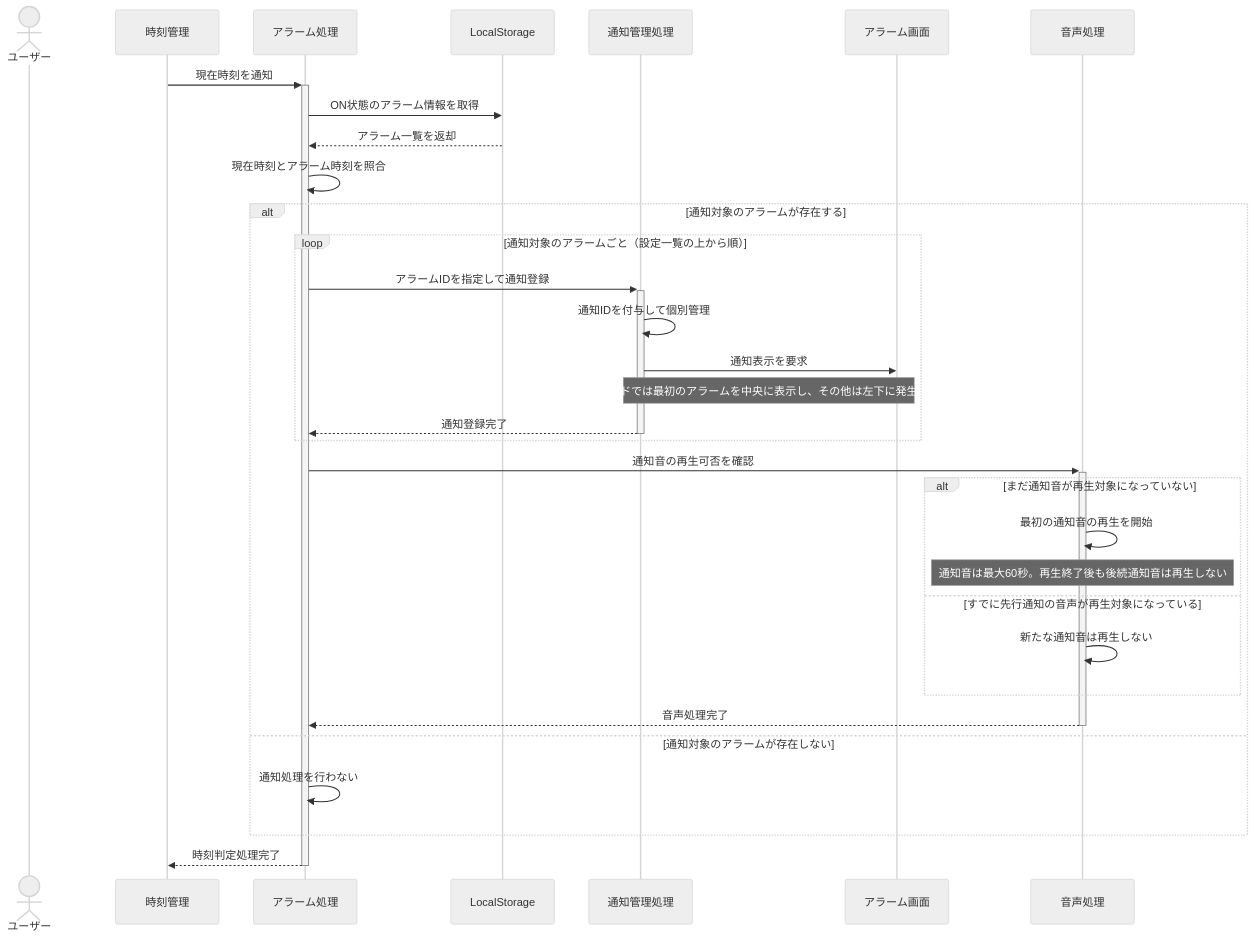
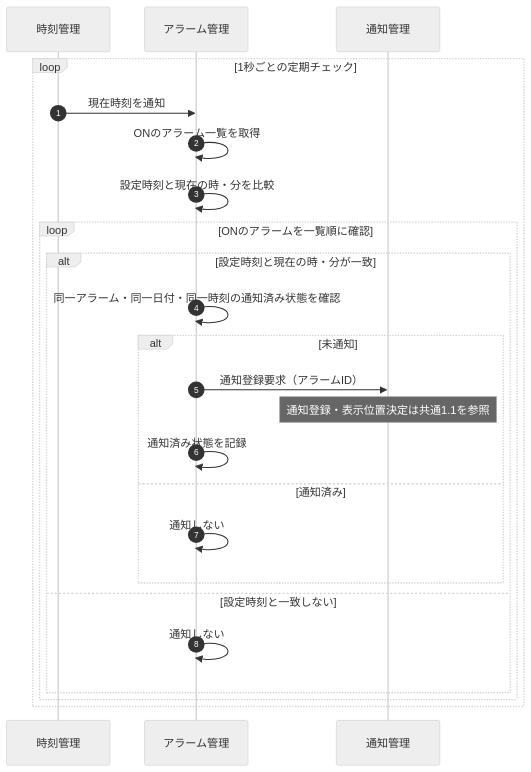
Before and after one commit to shun62201234-crypto/timerApplication: the third of 6 diagrams in document/設計/シーケンス図/アラームシーケンス図.md, drawn with Mermaid (neutral theme). The commit also changed other lines of this file, not shown here.

First line of the commit message:
アラームシーケンス図の整理と共通処理への集約

````diff
--- a/document/設計/シーケンス図/アラームシーケンス図.md
+++ b/document/設計/シーケンス図/アラームシーケンス図.md
@@ -78,38 +65,29 @@
 ```mermaid
 sequenceDiagram
-    actor User as ユーザー
+    autonumber
     participant Clock as 時刻管理
-    participant Alarm as アラーム処理
-    participant Storage as LocalStorage
-    participant Notify as 通知管理処理
-    participant UI as アラーム画面
-    participant Audio as 音声処理
+    participant Alarm as アラーム管理
+    participant Notify as 通知管理
 
-    Clock->>+Alarm: 現在時刻を通知
-    Alarm->>Storage: ON状態のアラーム情報を取得
-    Storage-->>Alarm: アラーム一覧を返却
-    Alarm->>Alarm: 現在時刻とアラーム時刻を照合
+    loop 1秒ごとの定期チェック
+        Clock->>Alarm: 現在時刻を通知
+        Alarm->>Alarm: ONのアラーム一覧を取得
+        Alarm->>Alarm: 設定時刻と現在の時・分を比較
 
-    alt 通知対象のアラームが存在する
-        loop 通知対象のアラームごと（設定一覧の上から順）
-            Alarm->>+Notify: アラームIDを指定して通知登録
-            Notify->>Notify: 通知IDを付与して個別管理
-            Notify->>UI: 通知表示を要求
-            Note over Notify,UI: アラームモードでは最初のアラームを中央に表示し、その他は左下に発生順で表示する
-            Notify-->>-Alarm: 通知登録完了
+        loop ONのアラームを一覧順に確認
+            alt 設定時刻と現在の時・分が一致
+                Alarm->>Alarm: 同一アラーム・同一日付・同一時刻の通知済み状態を確認
+
+                alt 未通知
+                    Alarm->>Notify: 通知登録要求（アラームID）
+                    Note over Notify: 通知登録・表示位置決定は共通1.1を参照
+                    Alarm->>Alarm: 通知済み状態を記録
+                else 通知済み
+                    Alarm->>Alarm: 通知しない
+                end
+            else 設定時刻と一致しない
+                Alarm->>Alarm: 通知しない
+            end
         end
-
-        Alarm->>+Audio: 通知音の再生可否を確認
-        alt まだ通知音が再生対象になっていない
-            Audio->>Audio: 最初の通知音の再生を開始
-            Note over Audio: 通知音は最大60秒。再生終了後も後続通知音は再生しない
-        else すでに先行通知の音声が再生対象になっている
-            Audio->>Audio: 新たな通知音は再生しない
-        end
-        Audio-->>-Alarm: 音声処理完了
-    else 通知対象のアラームが存在しない
-        Alarm->>Alarm: 通知処理を行わない
     end
-
-    Alarm-->>-Clock: 時刻判定処理完了
 ```
````
